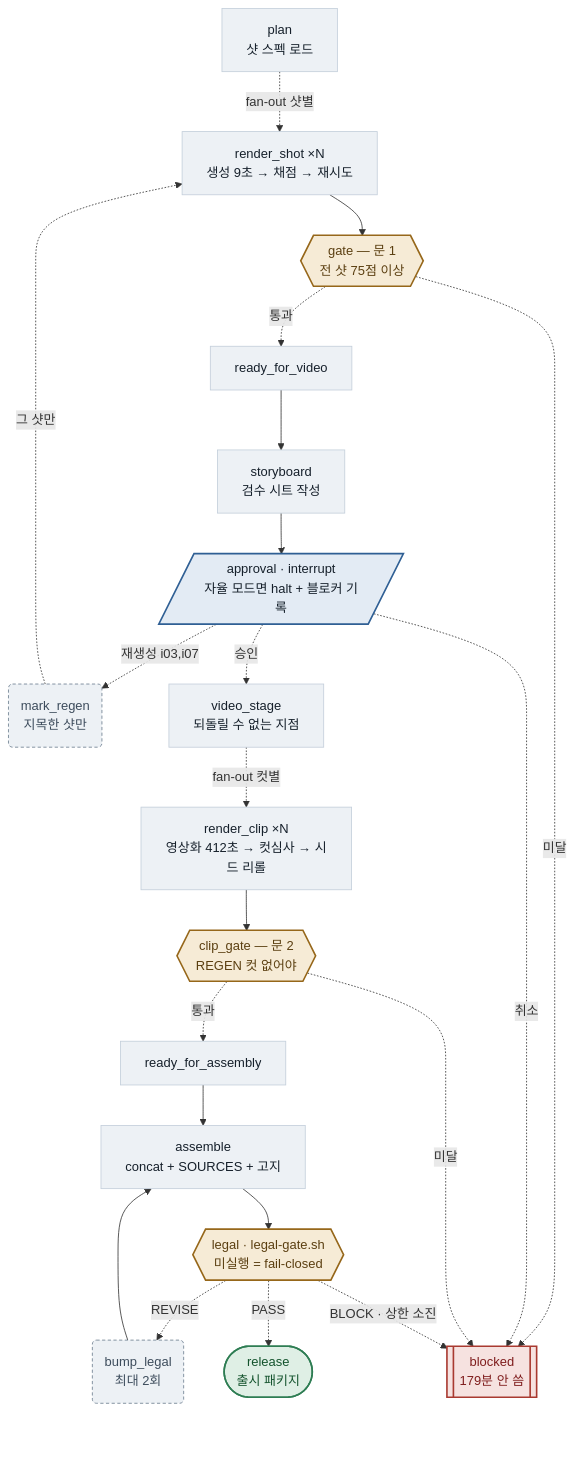
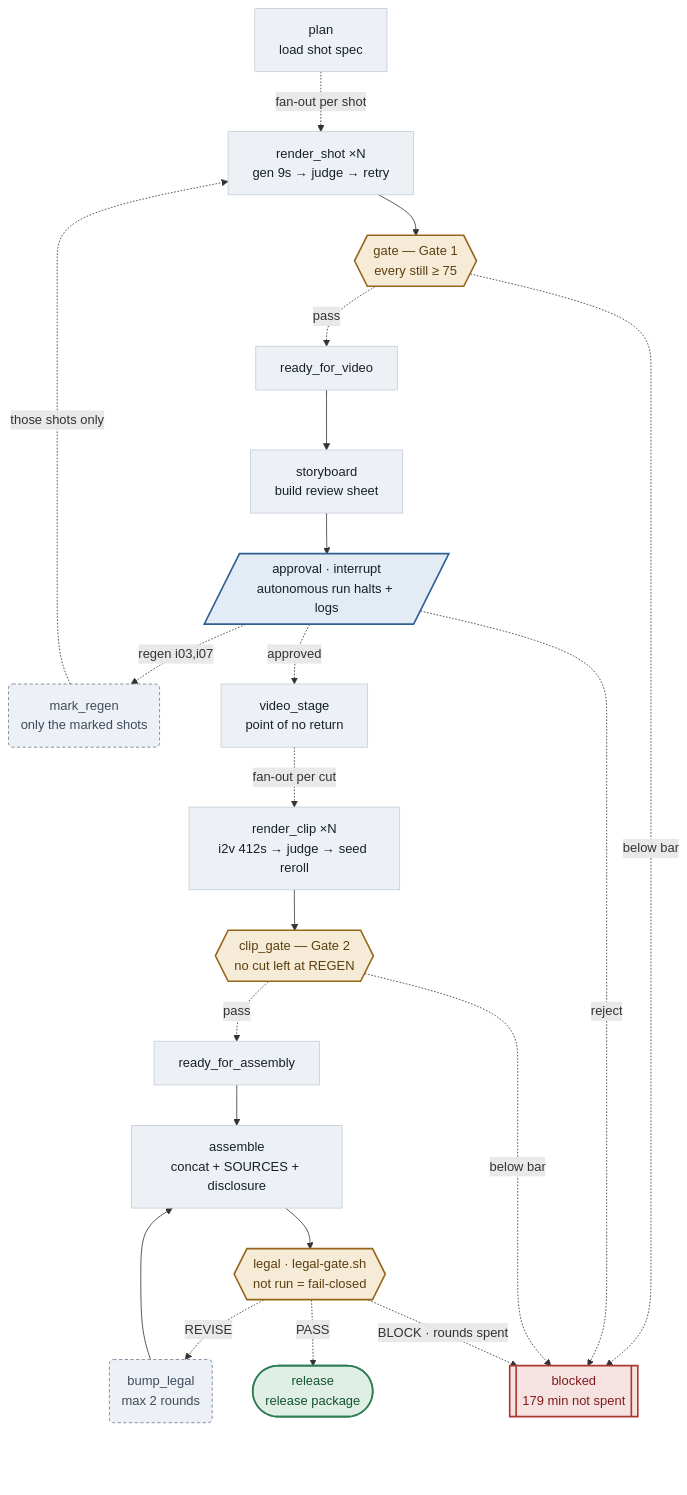
Before and after one commit to MelonS/MelonS-Agents: the first of 2 diagrams in graph/README.md, drawn with Mermaid. The commit also changed other lines of this file and 5 other files, not shown here.

First line of the commit message:
docs(graph): make graph/README.md English-primary, add ko mirror

````diff
--- a/graph/README.md
+++ b/graph/README.md
@@ -53,59 +57,59 @@
 ```mermaid
 flowchart TD
-  plan["plan<br/>샷 스펙 로드"]
-  render_shot["render_shot ×N<br/>생성 9초 → 채점 → 재시도"]
-  gate{{"gate — 문 1<br/>전 샷 75점 이상"}}
+  plan["plan<br/>load shot spec"]
+  render_shot["render_shot ×N<br/>gen 9s → judge → retry"]
+  gate{{"gate — Gate 1<br/>every still ≥ 75"}}
   ready_for_video["ready_for_video"]
-  storyboard["storyboard<br/>검수 시트 작성"]
-  approval[/"approval · interrupt<br/>자율 모드면 halt + 블로커 기록"/]
-  mark_regen("mark_regen<br/>지목한 샷만")
-  video_stage["video_stage<br/>되돌릴 수 없는 지점"]
-  render_clip["render_clip ×N<br/>영상화 412초 → 컷심사 → 시드 리롤"]
-  clip_gate{{"clip_gate — 문 2<br/>REGEN 컷 없어야"}}
+  storyboard["storyboard<br/>build review sheet"]
+  approval[/"approval · interrupt<br/>autonomous run halts + logs"/]
+  mark_regen("mark_regen<br/>only the marked shots")
+  video_stage["video_stage<br/>point of no return"]
+  render_clip["render_clip ×N<br/>i2v 412s → judge → seed reroll"]
+  clip_gate{{"clip_gate — Gate 2<br/>no cut left at REGEN"}}
   ready_for_assembly["ready_for_assembly"]
-  assemble["assemble<br/>concat + SOURCES + 고지"]
-  legal{{"legal · legal-gate.sh<br/>미실행 = fail-closed"}}
-  bump_legal("bump_legal<br/>최대 2회")
-  release(["release<br/>출시 패키지"])
-  blocked[["blocked<br/>179분 안 씀"]]
+  assemble["assemble<br/>concat + SOURCES + disclosure"]
+  legal{{"legal · legal-gate.sh<br/>not run = fail-closed"}}
+  bump_legal("bump_legal<br/>max 2 rounds")
+  release(["release<br/>release package"])
+  blocked[["blocked<br/>179 min not spent"]]
 
-  plan -. "fan-out 샷별" .-> render_shot
+  plan -. "fan-out per shot" .-> render_shot
   render_shot --> gate
-  gate -. "통과" .-> ready_for_video
-  gate -. "미달" .-> blocked
+  gate -. "pass" .-> ready_for_video
+  gate -. "below bar" .-> blocked
   ready_for_video --> storyboard
   storyboard --> approval
-  approval -. "재생성 i03,i07" .-> mark_regen
-  approval -. "승인" .-> video_stage
-  approval -. "취소" .-> blocked
-  mark_regen -. "그 샷만" .-> render_shot
-  video_stage -. "fan-out 컷별" .-> render_clip
+  approval -. "regen i03,i07" .-> mark_regen
+  approval -. "approved" .-> video_stage
+  approval -. "reject" .-> blocked
+  mark_regen -. "those shots only" .-> render_shot
+  video_stage -. "fan-out per cut" .-> render_clip
   render_clip --> clip_gate
-  clip_gate -. "통과" .-> ready_for_assembly
-  clip_gate -. "미달" .-> blocked
+  clip_gate -. "pass" .-> ready_for_assembly
+  clip_gate -. "below bar" .-> blocked
   ready_for_assembly --> assemble
   assemble --> legal
   legal -. "REVISE" .-> bump_legal
   legal -. "PASS" .-> release
-  legal -. "BLOCK · 상한 소진" .-> blocked
+  legal -. "BLOCK · rounds spent" .-> blocked
   bump_legal --> assemble
   ctrl_gap[" "]
   blocked ~~~ ctrl_gap
   release ~~~ ctrl_gap
 
   classDef step fill:#EDF1F5,stroke:#C3CEDA,stroke-width:1px,color:#16202B
   classDef gate fill:#F6EBD6,stroke:#96671A,stroke-width:2px,color:#5B3F11
   classDef mutex fill:#E3EBF4,stroke:#2F5F94,stroke-width:2px,color:#16202B
   classDef human fill:#E3EBF4,stroke:#2F5F94,stroke-width:2px,color:#16202B
   classDef retry fill:#EDF1F5,stroke:#6B7C8D,stroke-width:1px,stroke-dasharray:4 3,color:#3D4C5C
   classDef done fill:#DFEFE5,stroke:#2E7D53,stroke-width:2px,color:#14532D
   classDef stop fill:#F6E2E0,stroke:#A93A31,stroke-width:2px,color:#7F1D1D
   class assemble,plan,ready_for_assembly,ready_for_video,render_clip,render_shot,storyboard,video_stage step
   class clip_gate,gate,legal gate
   class approval human
   class bump_legal,mark_regen retry
   class release done
   class blocked stop
   classDef gap fill:none,stroke:none,color:#00000000
   class ctrl_gap gap
 ```
````
